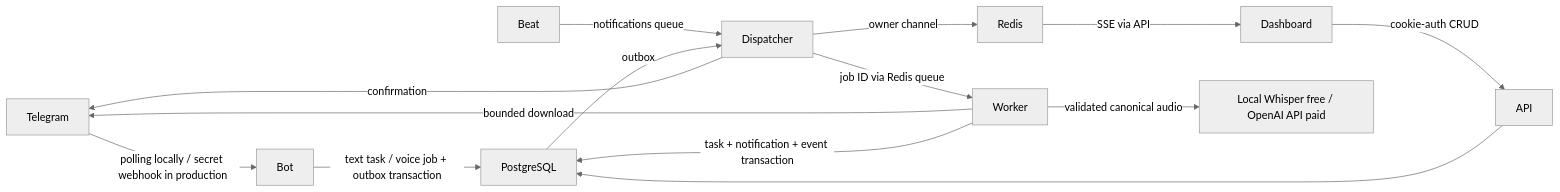
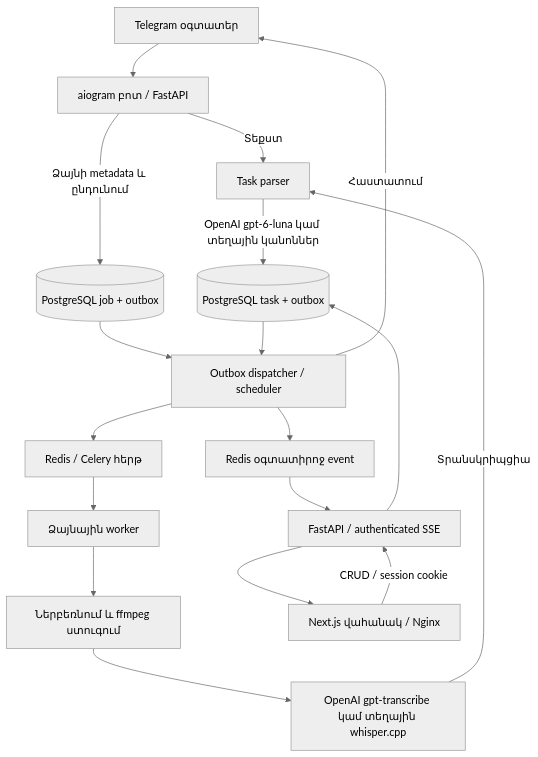
The diagram in README.md (Aro-M/ai-task-bot), drawn with Mermaid (neutral theme) before and after one commit. The commit also changed other lines of this file and 38 other files, not shown here.

````diff
--- a/README.md
+++ b/README.md
@@ -158,16 +251,20 @@
 ```mermaid
-flowchart LR
-  Telegram -->|polling locally / secret webhook in production| Bot
-  Bot -->|text task / voice job + outbox transaction| PostgreSQL
-  Dashboard -->|cookie-auth CRUD| API
-  API --> PostgreSQL
-  Beat -->|notifications queue| Dispatcher
-  PostgreSQL -->|outbox| Dispatcher
-  Dispatcher -->|job ID via Redis queue| Worker
-  Worker -->|bounded download| Telegram
-  Worker -->|validated canonical audio| Speech[Local Whisper free / OpenAI API paid]
-  Worker -->|task + notification + event transaction| PostgreSQL
-  Dispatcher -->|owner channel| Redis
-  Dispatcher -->|confirmation| Telegram
-  Redis -->|SSE via API| Dashboard
+flowchart TD
+    U[Telegram օգտատեր] --> B[aiogram բոտ / FastAPI]
+    B -->|Տեքստ| P[Task parser]
+    B -->|Ձայնի metadata և ընդունում| J[(PostgreSQL job + outbox)]
+    J --> D[Outbox dispatcher / scheduler]
+    D --> Q[Redis / Celery հերթ]
+    Q --> W[Ձայնային worker]
+    W --> A[Ներբեռնում և ffmpeg ստուգում]
+    A --> S[OpenAI gpt-transcribe կամ տեղային whisper.cpp]
+    S -->|Տրանսկրիպցիա| P
+    P -->|OpenAI gpt-6-luna կամ տեղային կանոններ| T[(PostgreSQL task + outbox)]
+    T --> D
+    D -->|Հաստատում| U
+    D --> E[Redis օգտատիրոջ event]
+    E --> API[FastAPI / authenticated SSE]
+    API --> UI[Next.js վահանակ / Nginx]
+    UI -->|CRUD / session cookie| API
+    API --> T
 ```
````
